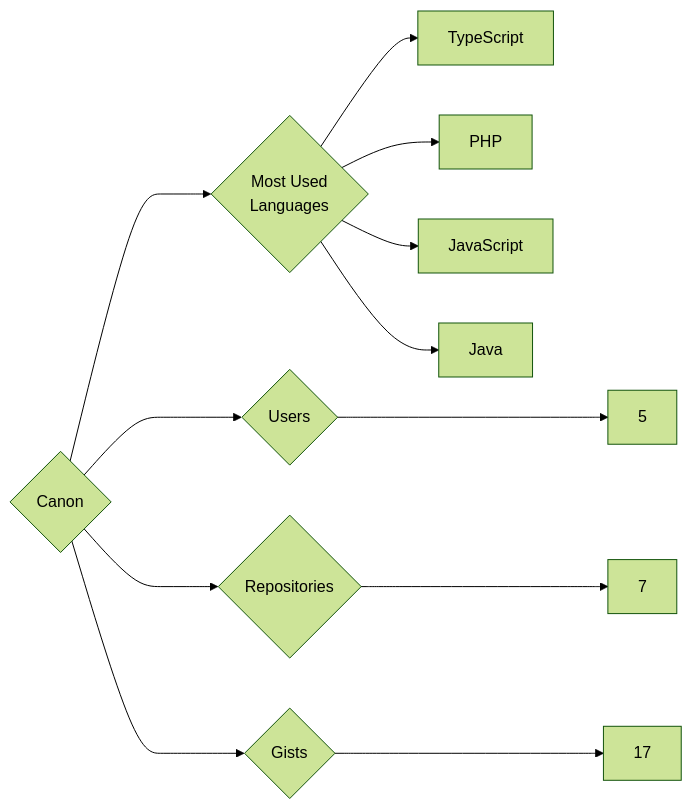
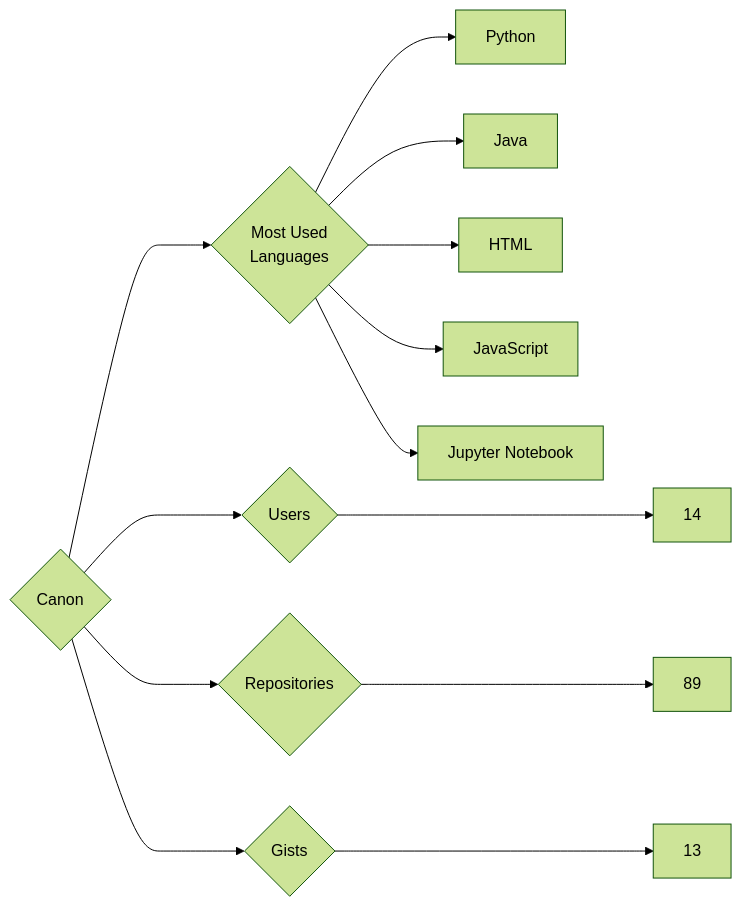
The diagram in targets/Canon/README.md (trickest/insiders), drawn with Mermaid (forest theme) before and after one commit. The commit also changed 1123 other files, not shown here.

````diff
--- a/targets/Canon/README.md
+++ b/targets/Canon/README.md
@@ -3,12 +3,13 @@
 ```mermaid
 graph LR
 COMPANY_NAME{Canon}
-COMPANY_NAME ---> U{Users} ---> UN[5]
-COMPANY_NAME ---> R{Repositories} ---> RN[7]
-COMPANY_NAME ---> G{Gists} ---> GN[17]
+COMPANY_NAME ---> U{Users} ---> UN[14]
+COMPANY_NAME ---> R{Repositories} ---> RN[89]
+COMPANY_NAME ---> G{Gists} ---> GN[13]
 COMPANY_NAME ---> ML{Most Used<br>Languages}
-ML --> TypeScript[TypeScript]
-ML --> PHP[PHP]
+ML --> Python[Python]
+ML --> Java[Java]
+ML --> HTML[HTML]
 ML --> JavaScript[JavaScript]
-ML --> Java[Java]
+ML --> Jupyter_Notebook[Jupyter Notebook]
 ```
````
